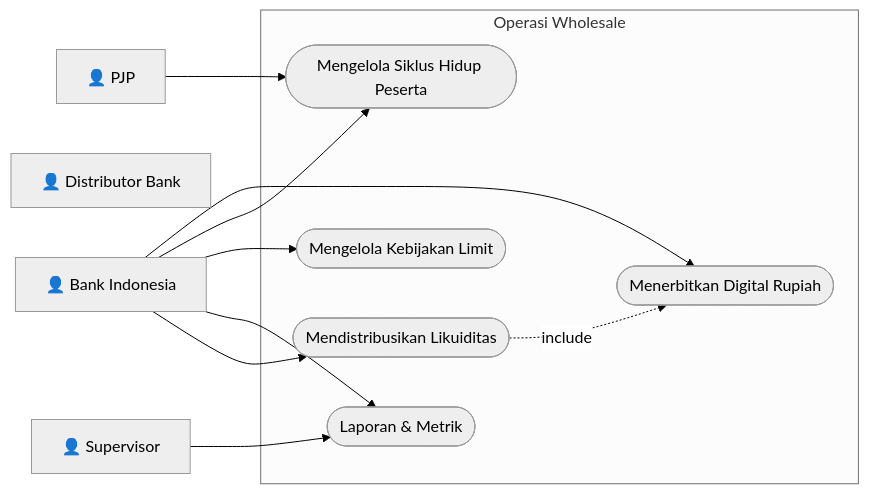
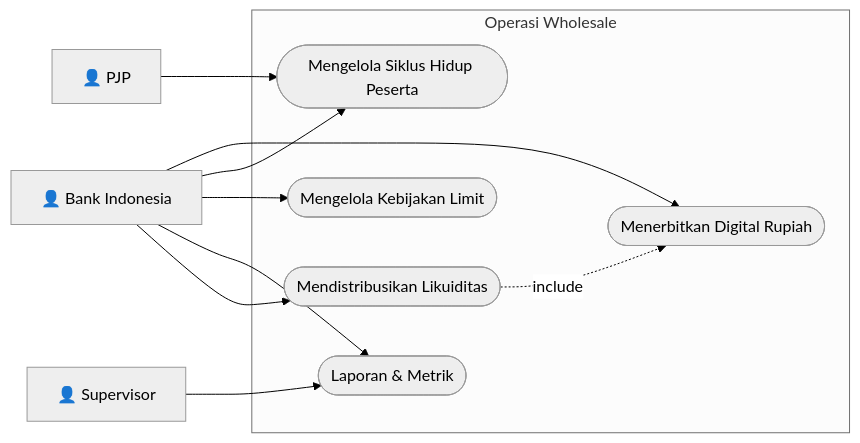
One commit to mfachrizalg/bi-coin changed the second of 3 diagrams in bi-coin-fabric/docs/diagrams/mermaid/use-case-diagrams.md. Above: the diagram before and after it, drawn with Mermaid. The commit also changed other lines of this file and 729 other files, not shown here.

````diff
--- a/bi-coin-fabric/docs/diagrams/mermaid/use-case-diagrams.md
+++ b/bi-coin-fabric/docs/diagrams/mermaid/use-case-diagrams.md
@@ -53,26 +51,25 @@
 ```mermaid
 %%{init: {'theme': 'neutral', 'themeVariables': {'primaryColor': '#ffffff', 'primaryBorderColor': '#000000', 'lineColor': '#000000'}}}%%
 flowchart LR
     BI[👤 Bank Indonesia]
-    BV[👤 Distributor Bank]
     PJP[👤 PJP]
     SV[👤 Supervisor]
 
     subgraph WHO["Operasi Wholesale"]
         UC1([Menerbitkan Digital Rupiah])
         UC2([Mendistribusikan Likuiditas])
         UC3([Mengelola Siklus Hidup Peserta])
         UC4([Mengelola Kebijakan Limit])
         UC6([Laporan & Metrik])
     end
 
     BI --> UC1
     BI --> UC3
     BI --> UC4
     BI --> UC6
     BI --> UC2
     PJP --> UC3
     SV --> UC6
 
     UC2 -.->|include| UC1
 ```
````
